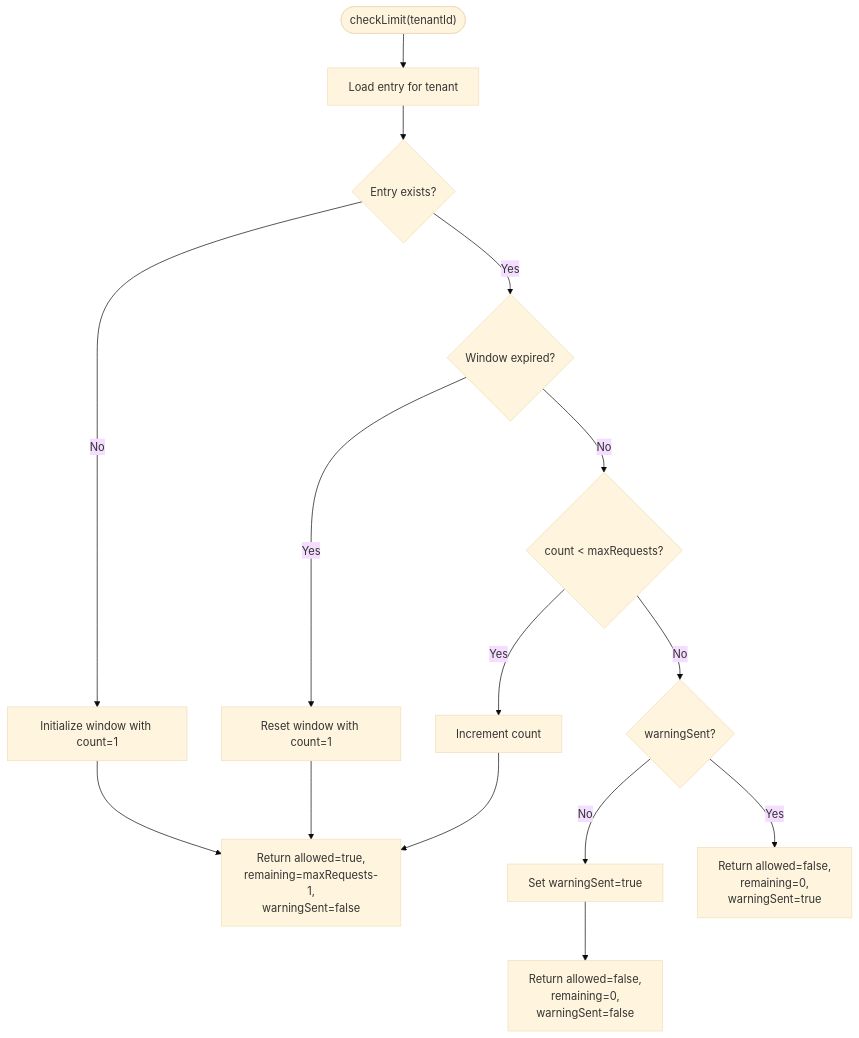
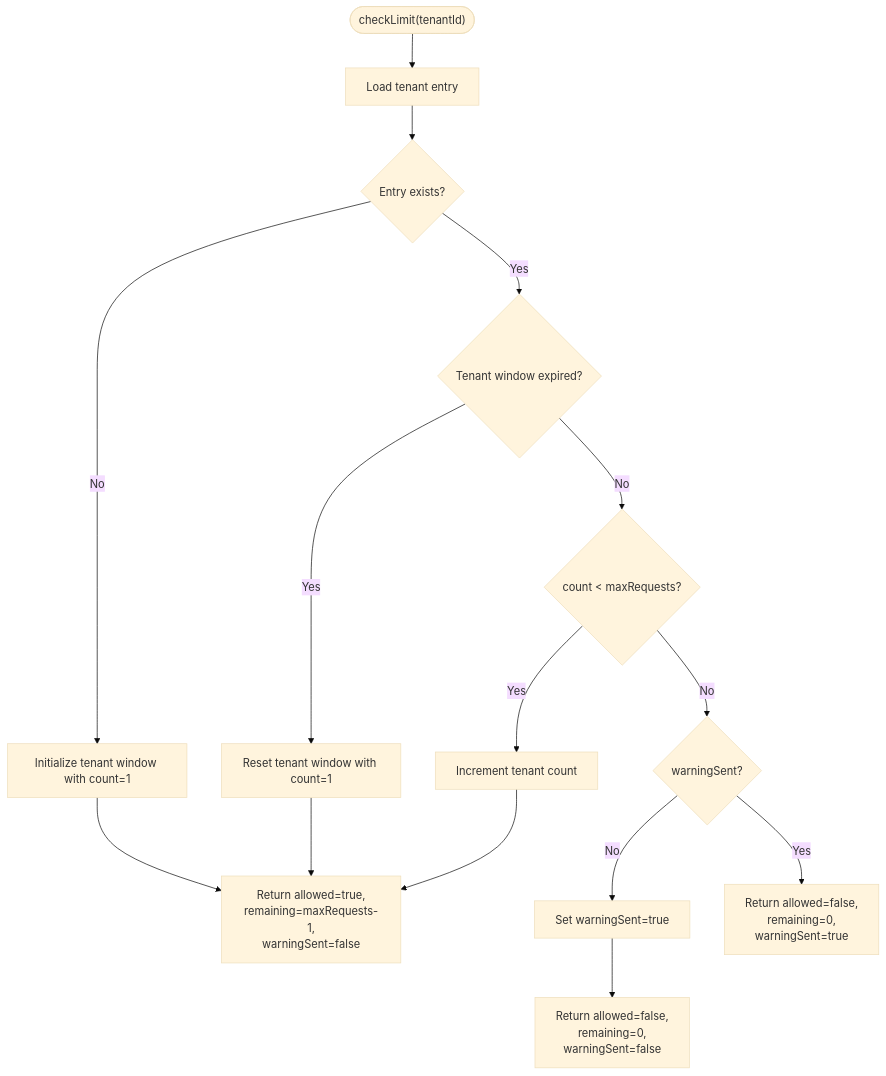
The fourth of 6 diagrams in .qoder/repowiki/en/content/Worker Utilities/Rate Limiting System.md (askchiwa-spec/FLOW-HQ-BOT), drawn with Mermaid (base theme) before and after one commit. The commit also changed other lines of this file and 27 other files, not shown here.

````diff
--- a/.qoder/repowiki/en/content/Worker Utilities/Rate Limiting System.md
+++ b/.qoder/repowiki/en/content/Worker Utilities/Rate Limiting System.md
@@ -164,17 +180,17 @@
 ```mermaid
 flowchart TD
-Start(["checkLimit(tenantId)"]) --> LoadEntry["Load entry for tenant"]
+Start(["checkLimit(tenantId)"]) --> LoadEntry["Load tenant entry"]
 LoadEntry --> Exists{"Entry exists?"}
-Exists --> |No| InitWindow["Initialize window with count=1"]
+Exists --> |No| InitWindow["Initialize tenant window with count=1"]
 InitWindow --> Allow["Return allowed=true,<br/>remaining=maxRequests-1,<br/>warningSent=false"]
-Exists --> |Yes| WindowExpired{"Window expired?"}
-WindowExpired --> |Yes| ResetWindow["Reset window with count=1"]
+Exists --> |Yes| WindowExpired{"Tenant window expired?"}
+WindowExpired --> |Yes| ResetWindow["Reset tenant window with count=1"]
 ResetWindow --> Allow
 WindowExpired --> |No| WithinLimit{"count < maxRequests?"}
-WithinLimit --> |Yes| Inc["Increment count"]
+WithinLimit --> |Yes| Inc["Increment tenant count"]
 Inc --> Allow
 WithinLimit --> |No| WarnSent{"warningSent?"}
 WarnSent --> |No| SetWarn["Set warningSent=true"]
 SetWarn --> Deny["Return allowed=false,<br/>remaining=0,<br/>warningSent=false"]
 WarnSent --> |Yes| Suppress["Return allowed=false,<br/>remaining=0,<br/>warningSent=true"]
 ```
````
